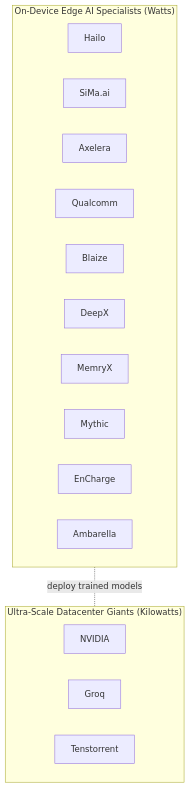
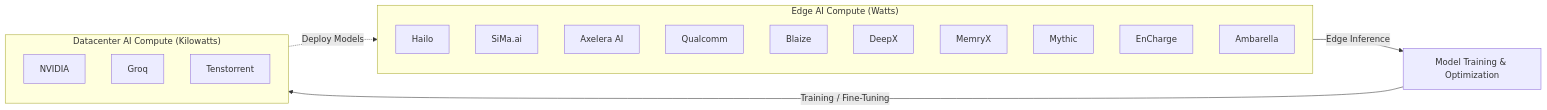
One commit to Premchand006/awesome-physical-ai changed the second of 2 diagrams in README.md. Above: the diagram before and after it, drawn with Mermaid.

````diff
--- a/README.md
+++ b/README.md
@@ -97,10 +97,30 @@
 ```mermaid
-flowchart TB
-    subgraph EDGE["On-Device Edge AI Specialists (Watts)"]
-        H[Hailo] & S[SiMa.ai] & AX[Axelera] & Q[Qualcomm] & BL[Blaize] & DX[DeepX] & MX[MemryX] & MY[Mythic] & EN[EnCharge] & AM[Ambarella]
-    end
-    subgraph DC["Ultra-Scale Datacenter Giants (Kilowatts)"]
-        NV[NVIDIA] & GR[Groq] & TT[Tenstorrent]
-    end
-    EDGE -. "deploy trained models" .- DC
+flowchart LR
+
+subgraph E["Edge AI Compute (Watts)"]
+direction TB
+H["Hailo"]
+S["SiMa.ai"]
+AX["Axelera AI"]
+Q["Qualcomm"]
+BL["Blaize"]
+DX["DeepX"]
+MX["MemryX"]
+MY["Mythic"]
+EN["EnCharge"]
+AM["Ambarella"]
+end
+
+P["Model Training & Optimization"]
+
+subgraph D["Datacenter AI Compute (Kilowatts)"]
+direction TB
+NV["NVIDIA"]
+GR["Groq"]
+TT["Tenstorrent"]
+end
+
+E -->|"Edge Inference"| P
+P -->|"Training / Fine-Tuning"| D
+D -.->|"Deploy Models"| E
 ```
````
